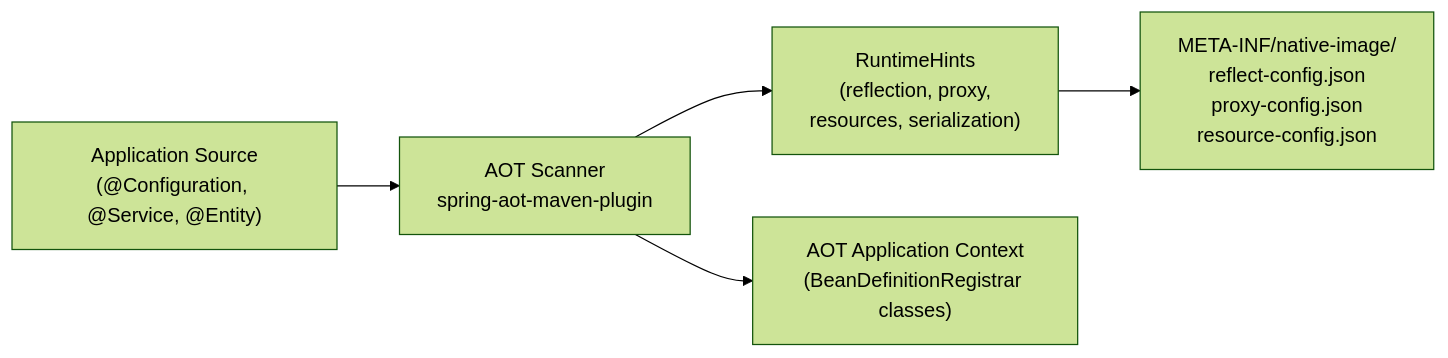
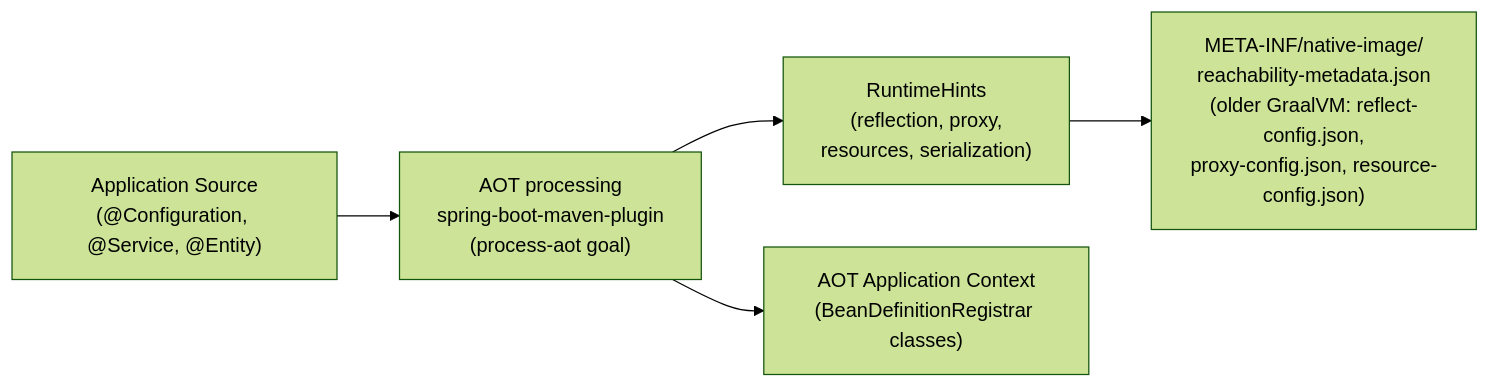
The second of 2 diagrams in docs/content/tracks/track-13-spring-boot-4/lesson-02-spring-framework-7/index.md (mostafasroor1983/fintech-engineering-mastery), drawn with Mermaid (forest theme) before and after one commit. The commit also changed other lines of this file and 230 other files, not shown here.

````diff
--- a/docs/content/tracks/track-13-spring-boot-4/lesson-02-spring-framework-7/index.md
+++ b/docs/content/tracks/track-13-spring-boot-4/lesson-02-spring-framework-7/index.md
@@ -258,13 +280,13 @@
 ```mermaid
 flowchart LR
     SRC["Application Source\n(@Configuration, @Service, @Entity)"]
-    SCAN["AOT Scanner\nspring-aot-maven-plugin"]
+    SCAN["AOT processing\nspring-boot-maven-plugin\n(process-aot goal)"]
     HINTS["RuntimeHints\n(reflection, proxy,\nresources, serialization)"]
-    META["META-INF/native-image/\nreflect-config.json\nproxy-config.json\nresource-config.json"]
+    META["META-INF/native-image/\nreachability-metadata.json\n(older GraalVM: reflect-config.json,\nproxy-config.json, resource-config.json)"]
     AOT_CTX["AOT Application Context\n(BeanDefinitionRegistrar classes)"]
 
     SRC --> SCAN
     SCAN --> HINTS
     HINTS --> META
     SCAN --> AOT_CTX
 ```
````
